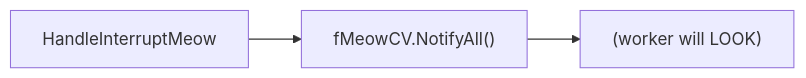
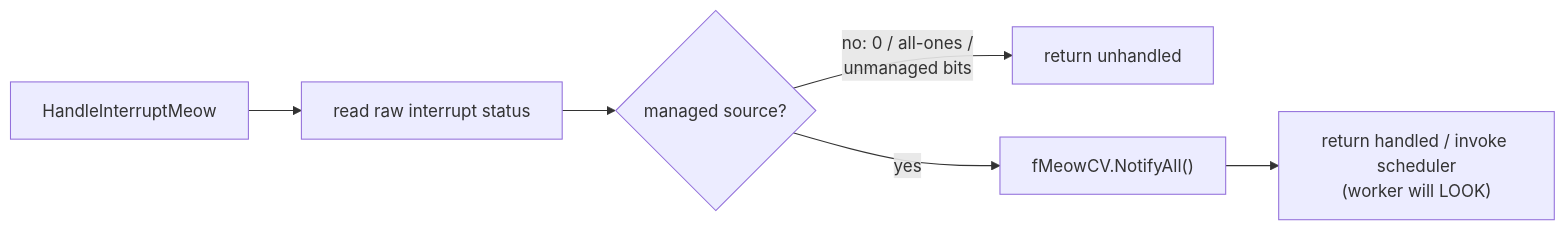
Before and after one commit to alextnewman/jido-renga: the third of 5 diagrams in docs/design/sdhci_embedded.md, drawn with Mermaid. The commit also changed other lines of this file and 58 other files, not shown here.

````diff
--- a/docs/design/sdhci_embedded.md
+++ b/docs/design/sdhci_embedded.md
@@ -142,5 +149,8 @@
 ```mermaid
 flowchart LR
-    ISR["HandleInterruptMeow"] --> Notify["fMeowCV.NotifyAll()"]
-    Notify --> Return["(worker will LOOK)"]
+    ISR["HandleInterruptMeow"] --> Read["read raw interrupt status"]
+    Read --> Plausible{"managed source?"}
+    Plausible -->|"no: 0 / all-ones /\nunmanaged bits"| Disown["return unhandled"]
+    Plausible -->|yes| Notify["fMeowCV.NotifyAll()"]
+    Notify --> Return["return handled / invoke scheduler\n(worker will LOOK)"]
 ```
````
